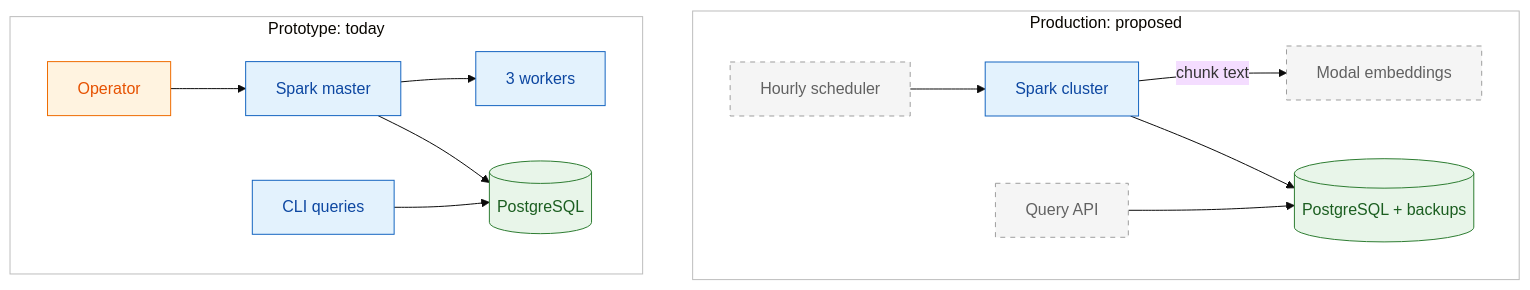
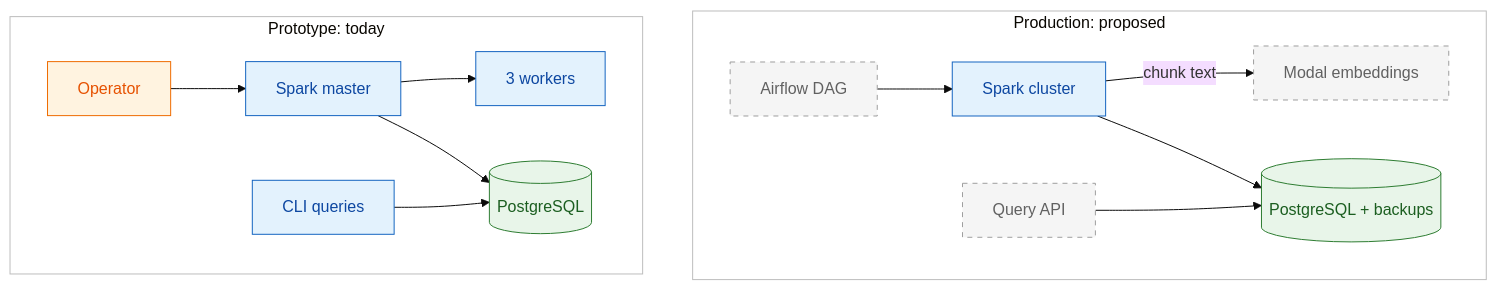
Before and after one commit to AmalKhaled28/doc: the diagram in diagrams/src/03-prototype-vs-production.mmd, drawn with Mermaid (base theme). The commit also changed 31 other files, not shown here.

```diff
--- a/diagrams/src/03-prototype-vs-production.mmd
+++ b/diagrams/src/03-prototype-vs-production.mmd
@@ -1,30 +1,30 @@
 flowchart TD
     subgraph PROD["Production: proposed"]
-        S1["Hourly scheduler"]:::proposed
+        S1["Airflow DAG"]:::proposed
         S2["Spark cluster"]:::svc
         S3["Modal embeddings"]:::proposed
         S4[("PostgreSQL + backups")]:::store
         S5["Query API"]:::proposed
         S1 --> S2
         S2 -->|"chunk text"| S3
         S2 --> S4
         S5 --> S4
     end
 
     subgraph PROTO["Prototype: today"]
         P1["Operator"]:::ext
         P2["Spark master"]:::svc
         P3["3 workers"]:::svc
         P4[("PostgreSQL")]:::store
         P5["CLI queries"]:::svc
         P1 --> P2 --> P3
         P2 --> P4
         P5 --> P4
     end
 
     classDef svc fill:#E3F2FD,stroke:#1565C0,color:#0D47A1
     classDef store fill:#E8F5E9,stroke:#2E7D32,color:#1B5E20
     classDef ext fill:#FFF3E0,stroke:#EF6C00,color:#E65100
     classDef proposed fill:#F5F5F5,stroke:#9E9E9E,stroke-dasharray:5 5,color:#616161
     style PROTO fill:#FFFFFF,stroke:#BDBDBD
     style PROD fill:#FFFFFF,stroke:#BDBDBD
```
